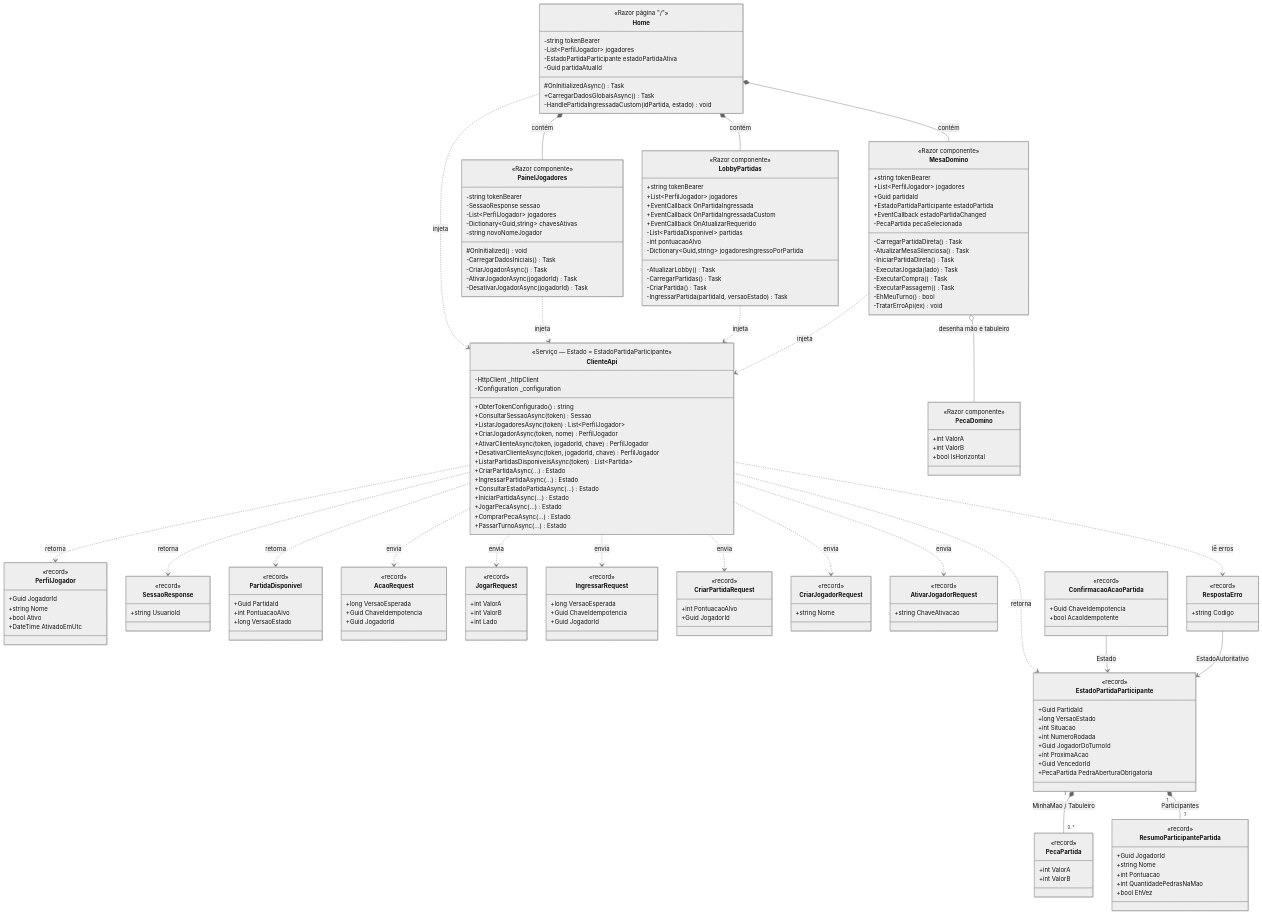
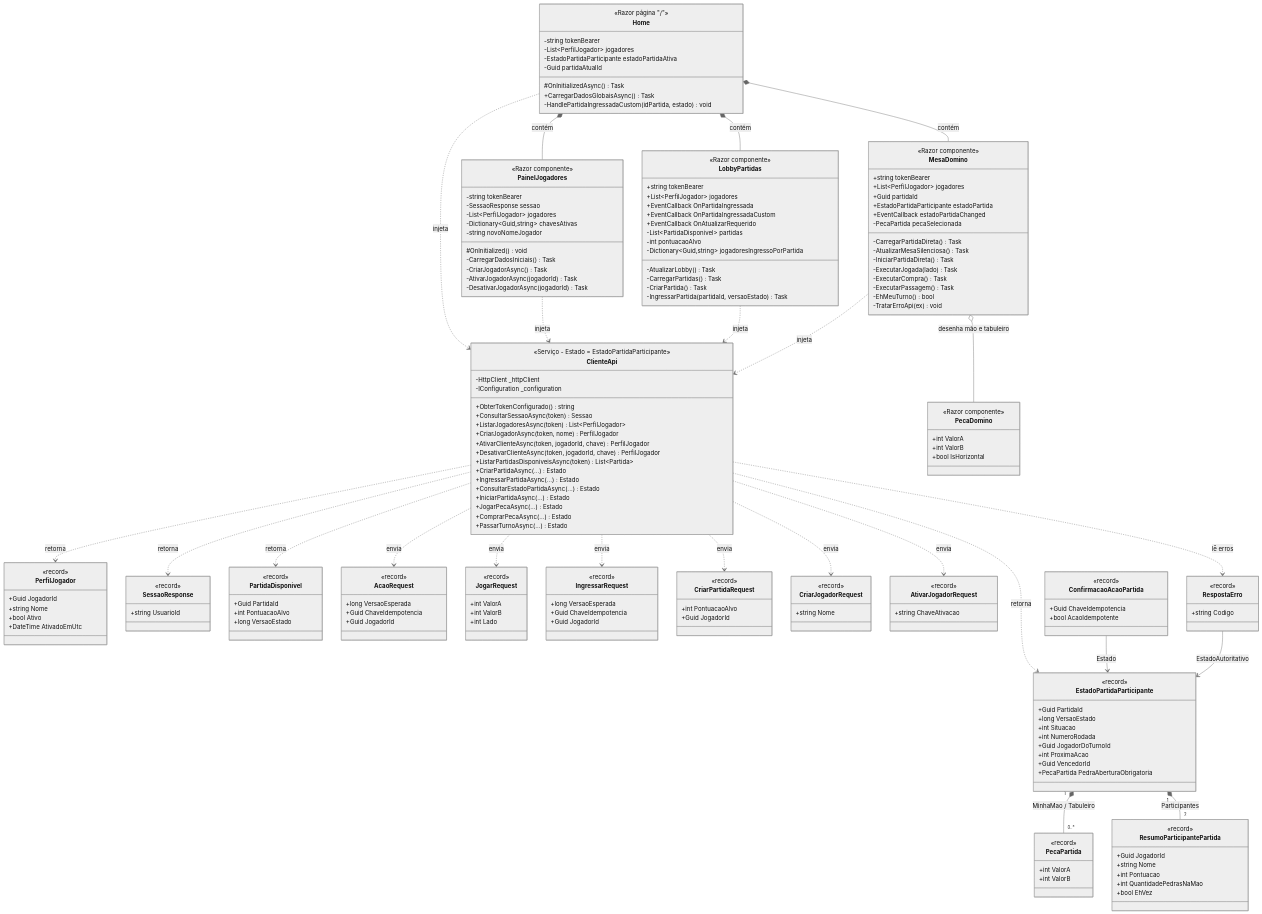
The diagram in README.md (Gusta346/Domino), drawn with Mermaid (neutral theme) before and after one commit. The commit also changed other lines of this file, not shown here.

First line of the commit message:
Remove class diagram section from README.md

```diff
--- a/README.md
+++ b/README.md
@@ -319,7 +114,7 @@
 direction TB
 
 class ClienteApi {
-  <<Serviço — Estado = EstadoPartidaParticipante>>
+  <<Serviço - Estado = EstadoPartidaParticipante>>
   -HttpClient _httpClient
   -IConfiguration _configuration
   +ObterTokenConfigurado() string
```
